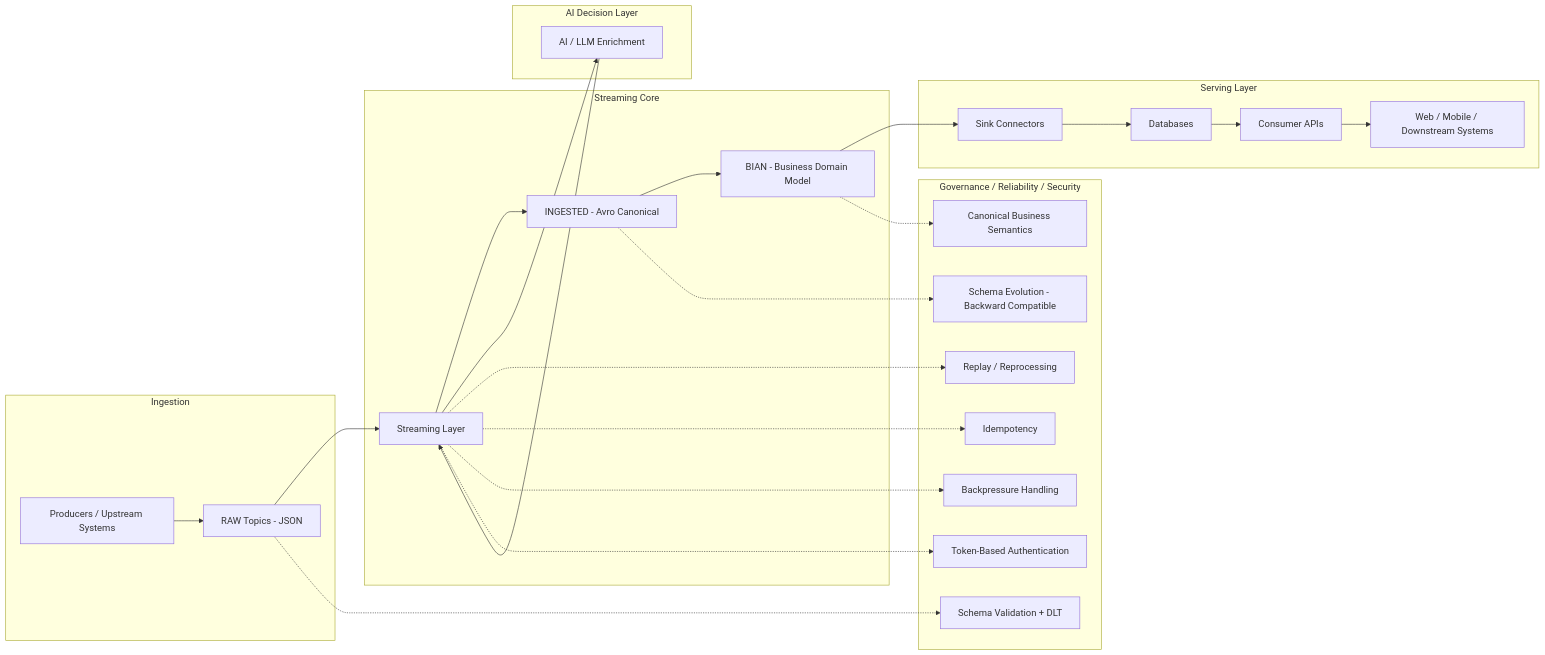
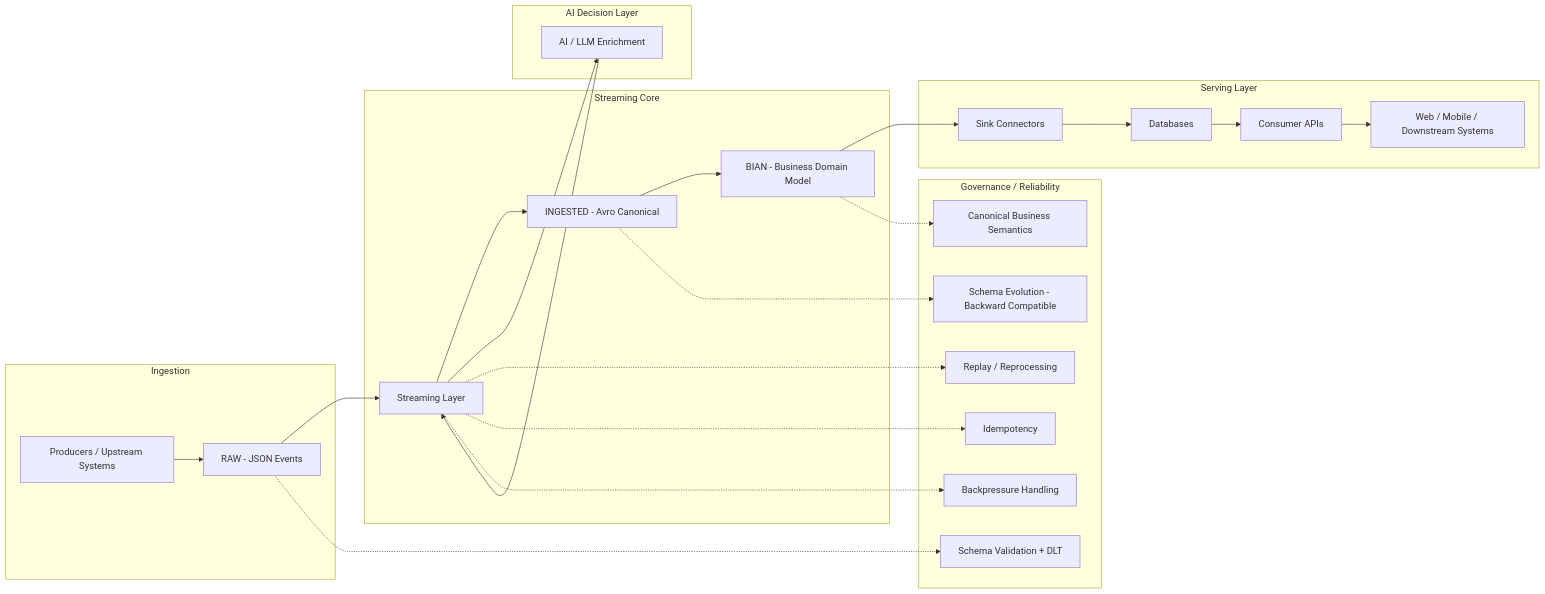
One commit to renatosviana/renatosviana changed the diagram in README.md. Above: the diagram before and after it, drawn with Mermaid. The commit also changed other lines of this file, not shown here.

Commit message:
Revise reference architecture in README.md
Updated the reference architecture diagram to clarify event ingestion and governance aspects.

````diff
--- a/README.md
+++ b/README.md
@@ -30,35 +32,34 @@
 ```mermaid
 flowchart LR
 
     subgraph ING[Ingestion]
-        A[Producers / Upstream Systems] --> B[RAW Topics - JSON]
+        A[Producers / Upstream Systems] --> B[RAW - JSON Events]
     end
 
     subgraph CORE[Streaming Core]
         B --> C[Streaming Layer]
         C --> D[INGESTED - Avro Canonical]
         D --> E[BIAN - Business Domain Model]
     end
 
     subgraph SERVE[Serving Layer]
         E --> F[Sink Connectors]
         F --> G[Databases]
         G --> H[Consumer APIs]
         H --> I[Web / Mobile / Downstream Systems]
     end
 
     subgraph AI[AI Decision Layer]
         C --> J[AI / LLM Enrichment]
         J --> C
     end
 
-    subgraph GOV[Governance / Reliability / Security]
+    subgraph GOV[Governance / Reliability]
         B -.-> K[Schema Validation + DLT]
         D -.-> L[Schema Evolution - Backward Compatible]
         E -.-> M[Canonical Business Semantics]
         C -.-> N[Replay / Reprocessing]
         C -.-> O[Idempotency]
         C -.-> P[Backpressure Handling]
-        C -.-> Q[Token-Based Authentication]
     end
 ```
````
